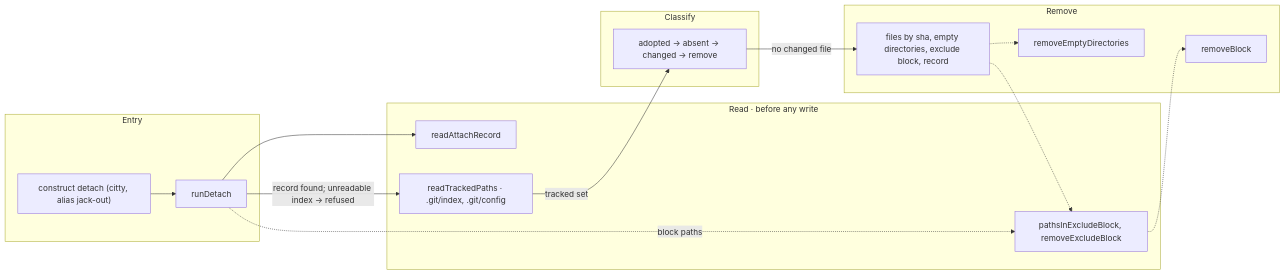
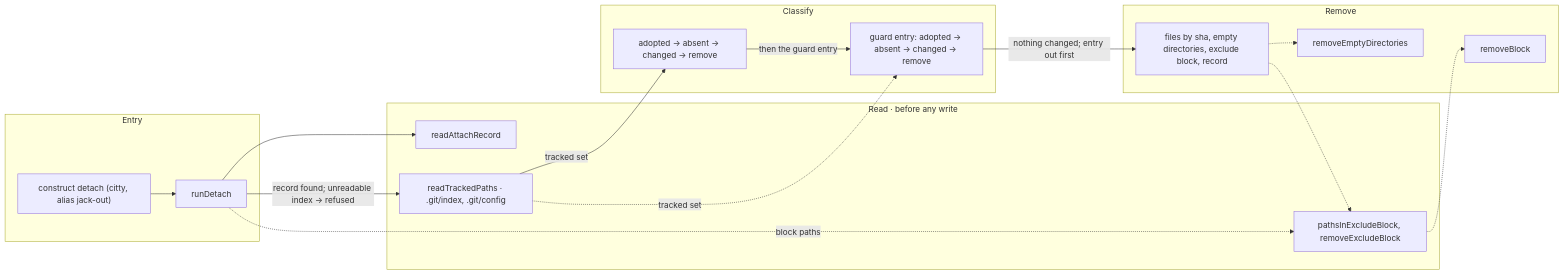
One commit to E1i/mikoshi-construct changed the diagram in architecture/detach.md. Above: the diagram before and after it, drawn with Mermaid. The commit also changed other lines of this file and 23 other files, not shown here.

````diff
--- a/architecture/detach.md
+++ b/architecture/detach.md
@@ -10,29 +10,32 @@
 ```mermaid
 flowchart LR
   subgraph b_entry["Entry"]
     cli["construct detach (citty, alias jack-out)"]
     run["runDetach"]
   end
   subgraph b_read["Read · before any write"]
     record["readAttachRecord"]
     exclude["pathsInExcludeBlock, removeExcludeBlock"]
     indexreader["readTrackedPaths · .git/index, .git/config"]
   end
   subgraph b_classify["Classify"]
     classify["adopted → absent → changed → remove"]
+    settings["guard entry: adopted → absent → changed → remove"]
   end
   subgraph b_remove["Remove"]
     remove["files by sha, empty directories, exclude block, record"]
     strategies["removeBlock"]
     directories["removeEmptyDirectories"]
   end
   cli --> run
   run --> record
   run -.->|"block paths"| exclude
   run -->|"record found; unreadable index → refused"| indexreader
   indexreader -->|"tracked set"| classify
-  classify -->|"no changed file"| remove
+  classify -->|"then the guard entry"| settings
+  settings -->|"nothing changed; entry out first"| remove
+  indexreader -.->|"tracked set"| settings
   remove -.-> directories
   remove -.-> exclude
   exclude -.-> strategies
 ```
````
